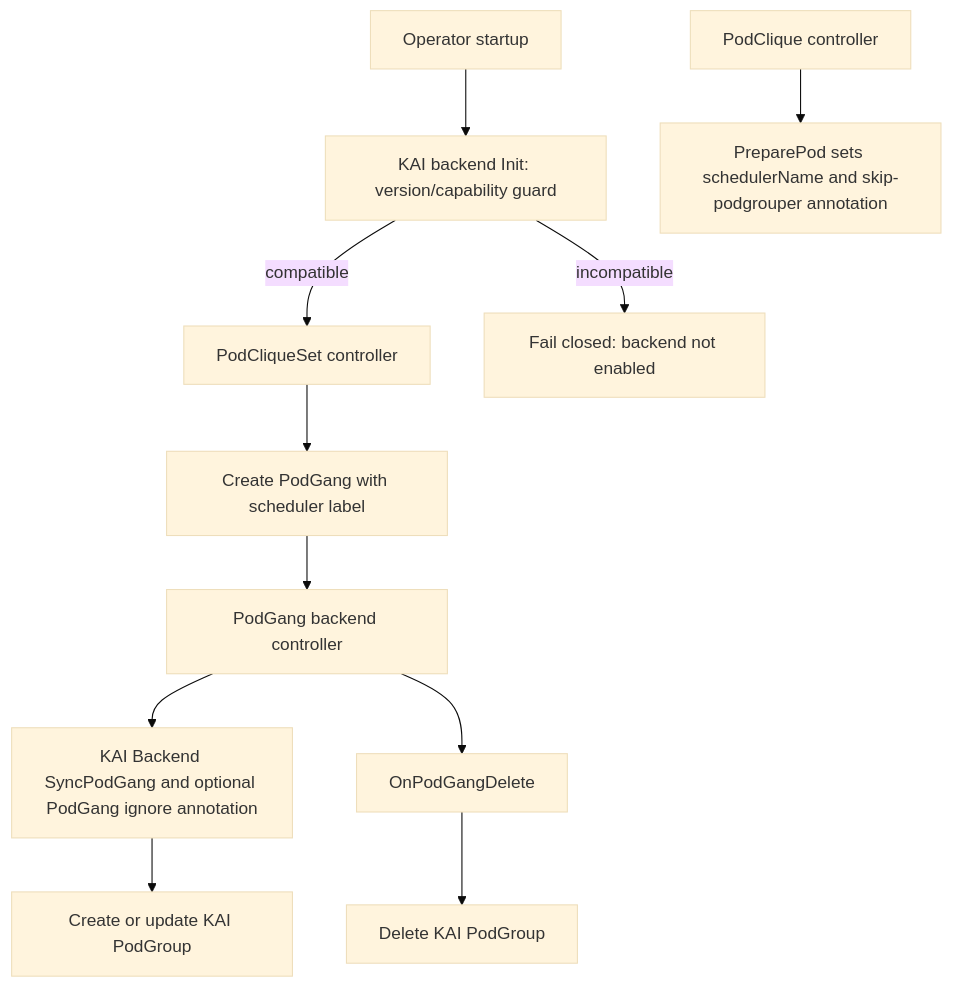
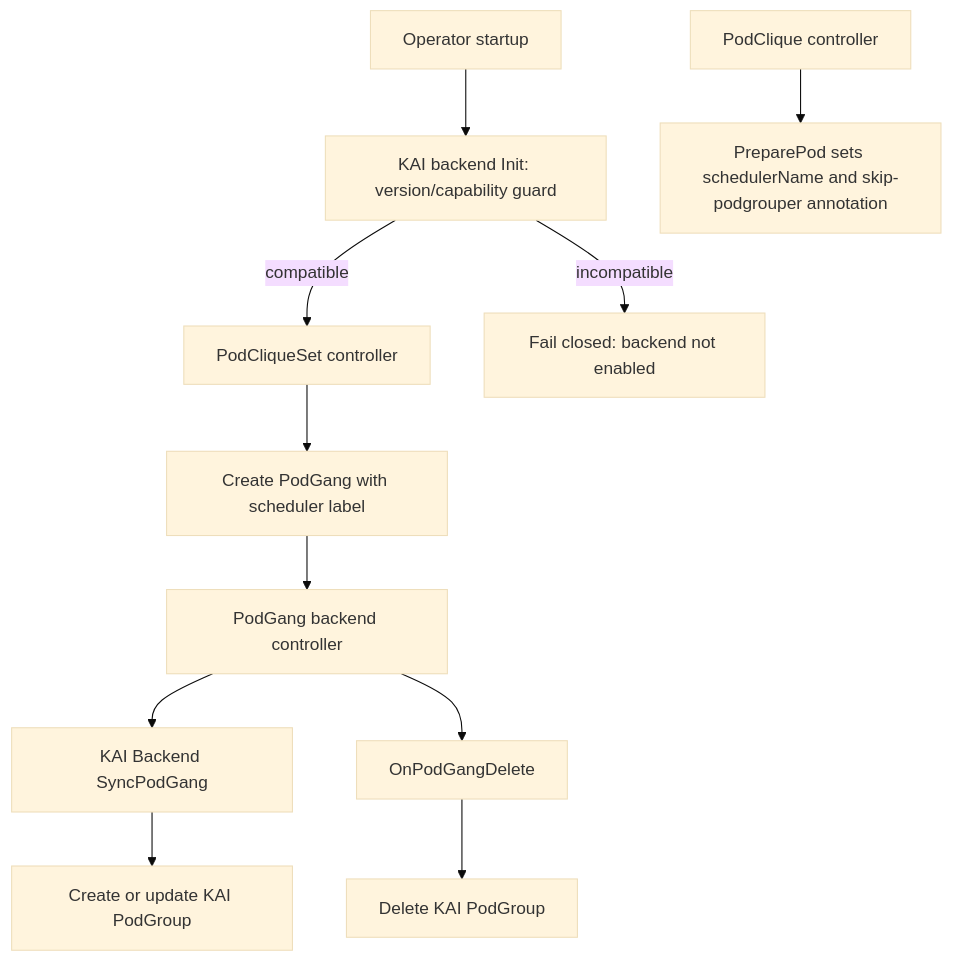
Before and after one commit to daisy-ycguo/grove: the diagram in docs/proposals/525-KAI-Scheduler-Backend/README.md, drawn with Mermaid (base theme). The commit also changed other lines of this file, not shown here.

Commit message:
remove dependency to KAI PR #1001

````diff
--- a/docs/proposals/525-KAI-Scheduler-Backend/README.md
+++ b/docs/proposals/525-KAI-Scheduler-Backend/README.md
@@ -153,13 +116,13 @@
 ```mermaid
 flowchart TD
     A[Operator startup] --> B[KAI backend Init: version/capability guard]
     B -->|compatible| G[PodCliqueSet controller]
     B -->|incompatible| X[Fail closed: backend not enabled]
     G[PodCliqueSet controller] --> H[Create PodGang with scheduler label]
     I[PodClique controller] --> J[PreparePod sets schedulerName and skip-podgrouper annotation]
     H --> K[PodGang backend controller]
-    K --> L[KAI Backend SyncPodGang and optional PodGang ignore annotation]
+    K --> L[KAI Backend SyncPodGang]
     L --> M[Create or update KAI PodGroup]
     K --> O[OnPodGangDelete]
     O --> P[Delete KAI PodGroup]
 ```
````
